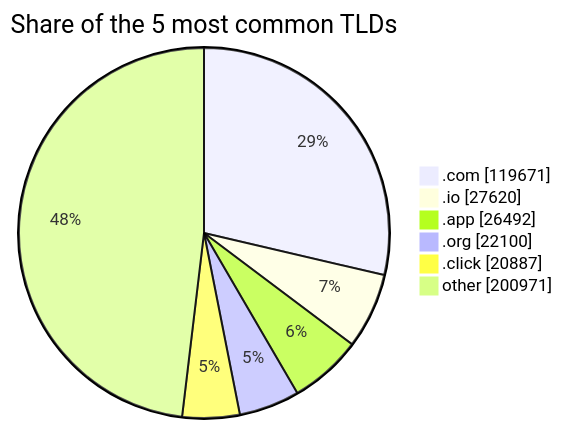
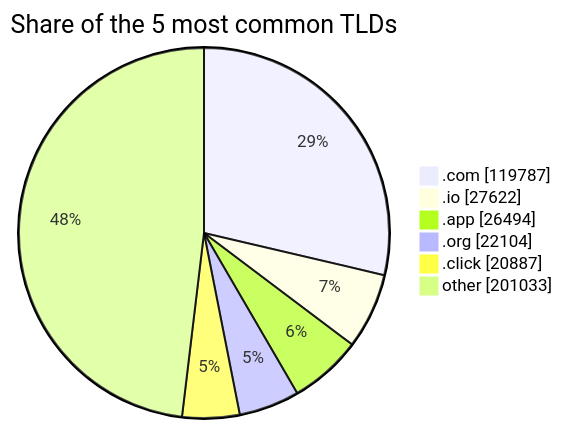
The third of 3 diagrams in README.md (DNSBunker/CTI), drawn with Mermaid before and after one commit. The commit also changed other lines of this file and 3 other files, not shown here.

````diff
--- a/README.md
+++ b/README.md
@@ -81,9 +81,9 @@
 ```mermaid
 pie showData title Share of the 5 most common TLDs
-    ".com" : 119671
-    ".io" : 27620
-    ".app" : 26492
-    ".org" : 22100
+    ".com" : 119787
+    ".io" : 27622
+    ".app" : 26494
+    ".org" : 22104
     ".click" : 20887
-    "other" : 200971
+    "other" : 201033
 ```
````
